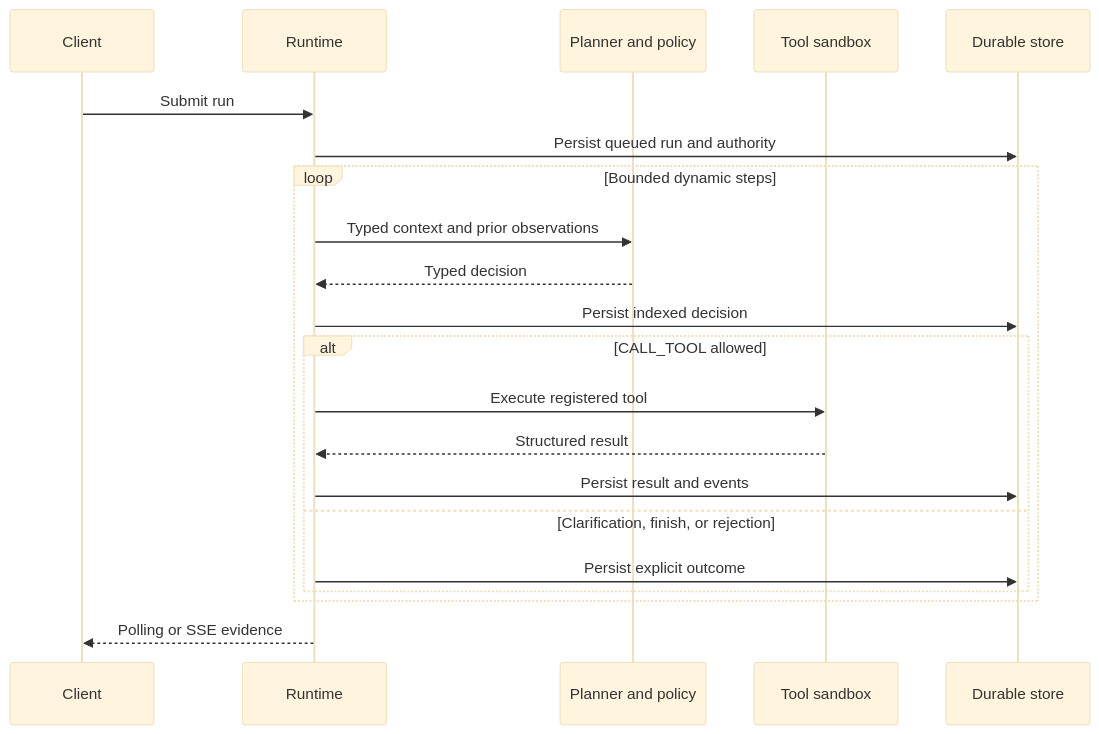
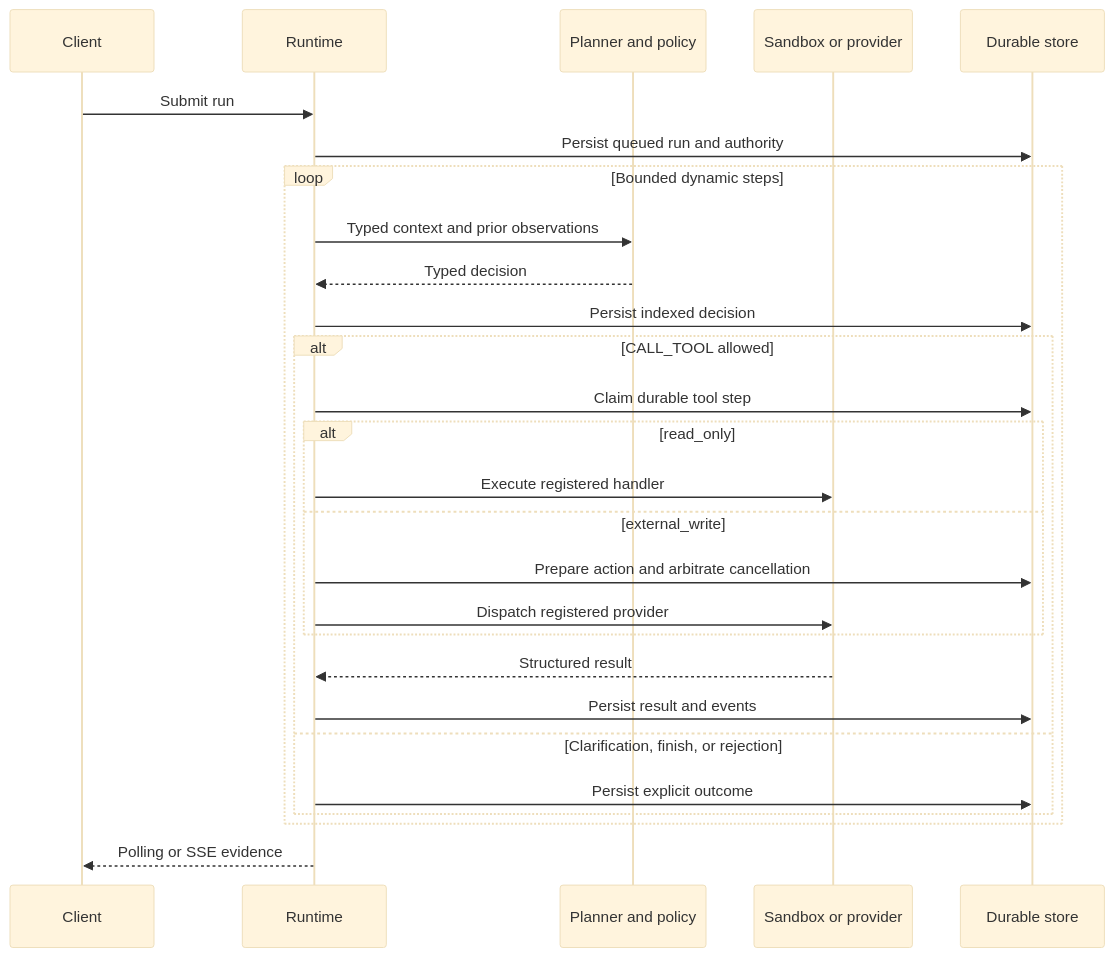
The second of 2 diagrams in README.md (YingzuoLiu/agent-runtime-platform), drawn with Mermaid (base theme) before and after one commit. The commit also changed other lines of this file and 29 other files, not shown here.

Commit message:
feat: add durable external action execution

````diff
--- a/README.md
+++ b/README.md
@@ -172,24 +191,30 @@
 ```mermaid
 sequenceDiagram
     participant C as Client
     participant R as Runtime
     participant P as Planner and policy
-    participant T as Tool sandbox
+    participant T as Sandbox or provider
     participant D as Durable store
 
     C->>R: Submit run
     R->>D: Persist queued run and authority
     loop Bounded dynamic steps
         R->>P: Typed context and prior observations
         P-->>R: Typed decision
         R->>D: Persist indexed decision
         alt CALL_TOOL allowed
-            R->>T: Execute registered tool
+            R->>D: Claim durable tool step
+            alt read_only
+                R->>T: Execute registered handler
+            else external_write
+                R->>D: Prepare action and arbitrate cancellation
+                R->>T: Dispatch registered provider
+            end
             T-->>R: Structured result
             R->>D: Persist result and events
         else Clarification, finish, or rejection
             R->>D: Persist explicit outcome
         end
     end
     R-->>C: Polling or SSE evidence
 ```
````
